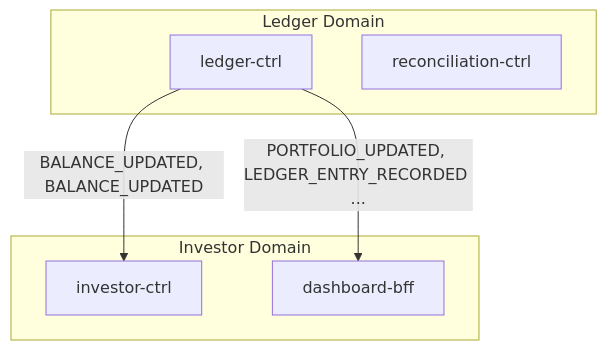
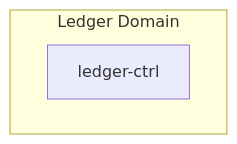
The first of 2 diagrams in docs/data-flows/order-ledger.md (fabio-vitali/nestfolio), drawn with Mermaid before and after one commit. The commit also changed other lines of this file and 53 other files, not shown here.

First line of the commit message:
docs: regenerate all service cards, flow specs, and C4 diagrams via /init-docs

````diff
--- a/docs/data-flows/order-ledger.md
+++ b/docs/data-flows/order-ledger.md
@@ -11,13 +11,6 @@
 ```mermaid
 flowchart TD
     subgraph ledger["Ledger Domain"]
         ledger_ctrl["ledger-ctrl"]
-        reconciliation_ctrl["reconciliation-ctrl"]
     end
-    subgraph investor["Investor Domain"]
-        investor_ctrl["investor-ctrl"]
-        dashboard_bff["dashboard-bff"]
-    end
-    ledger_ctrl -->|"BALANCE_UPDATED, BALANCE_UPDATED"| investor_ctrl
-    ledger_ctrl -->|"PORTFOLIO_UPDATED, LEDGER_ENTRY_RECORDED ..."| dashboard_bff
 ```
````
